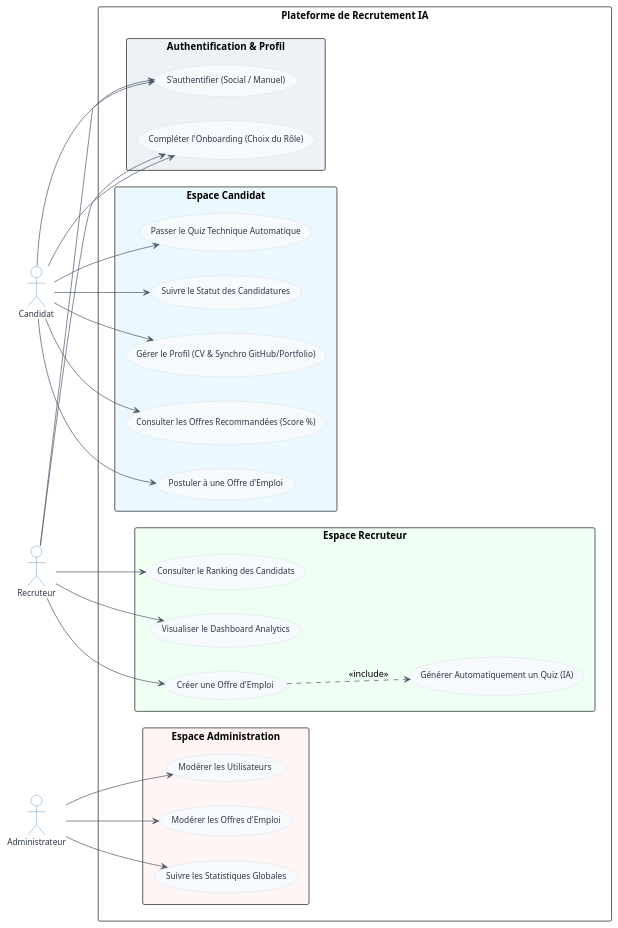
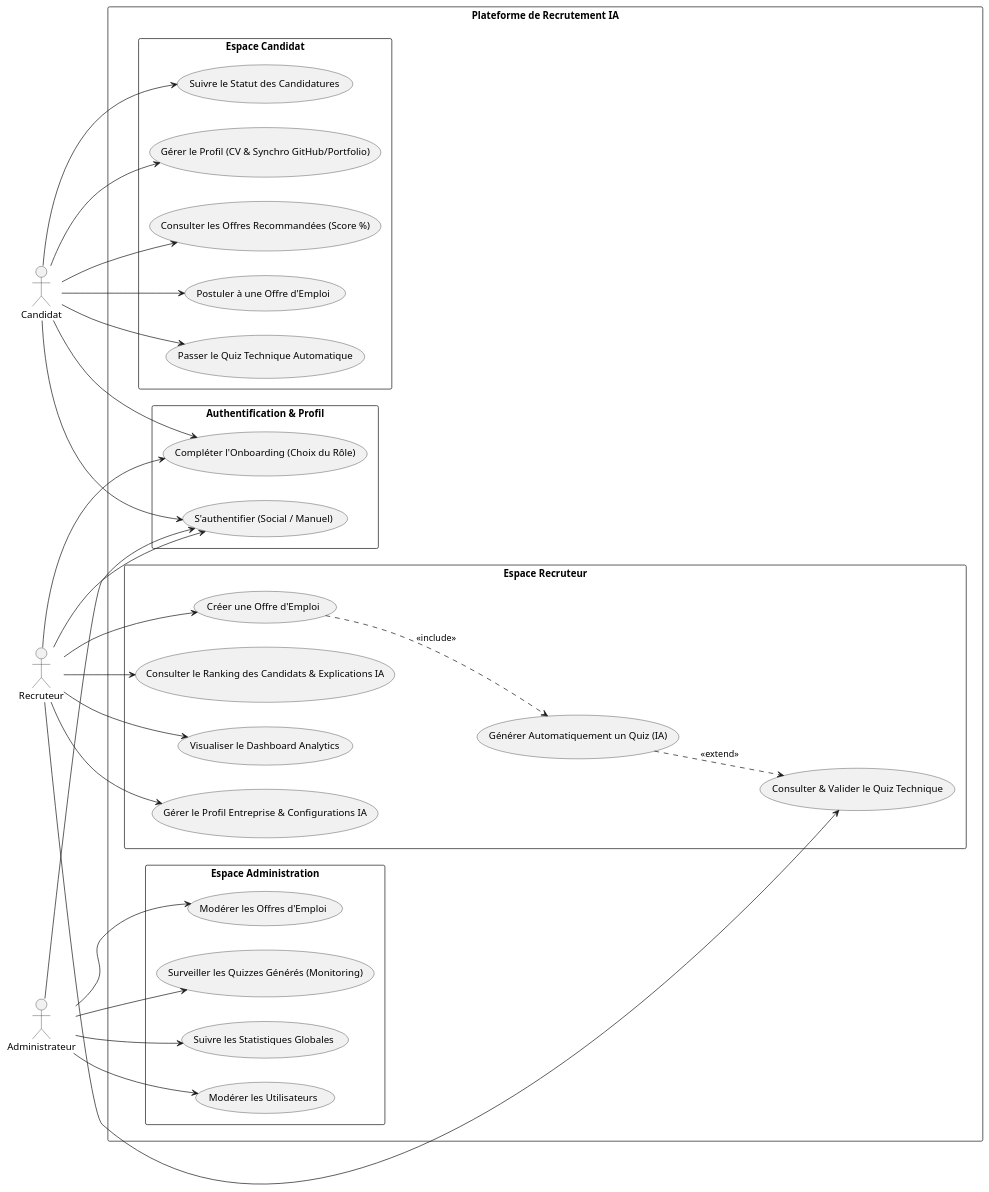
One commit to BenTaleb-Mehdi/intelligent-recruitment changed the diagram in doc/conception/use_case/use_case.puml. Above: the diagram before and after it, drawn with PlantUML. The commit also changed 1 other file, not shown here.

Commit message:
docs: add system class diagram and use case overview for the recruitment platform

```diff
--- a/doc/conception/use_case/use_case.puml
+++ b/doc/conception/use_case/use_case.puml
@@ -1,92 +1,81 @@
 @startuml
 ' --- Configuration du Design ---
 left to right direction
-skinparam backgroundcolor #FFFFFF
 skinparam shadowing false
+skinparam monochrome true
 skinparam packageStyle rectangle
 
-' Style des Acteurs
-skinparam actor {
-    BackgroundColor #FFFFFF
-    BorderColor #2B6CB0
-    FontName Arial
-    FontSize 12
-    FontColor #2D3748
-}
-
-' Style des Use Cases
-skinparam usecase {
-    BackgroundColor #F7FAFC
-    BorderColor #CBD5E0
-    FontName Arial
-    FontSize 12
-    FontColor #2D3748
-    ArrowColor #4A5568
-}
-
-' --- Les Acteurs (Sans Icônes Custom) ---
+' --- Les Acteurs ---
 actor "Candidat" as Candidate
 actor "Recruteur" as Recruiter
 actor "Administrateur" as Admin
 
 ' --- Le Système ---
 rectangle "Plateforme de Recrutement IA" {
     
-    '--- Bloc Authentification ---
-    rectangle "Authentification & Profil" #EDF2F7 {
+    '--- Bloc Authentification & Profil ---
+    rectangle "Authentification & Profil" {
         usecase "S'authentifier (Social / Manuel)" as UC_Auth
         usecase "Compléter l'Onboarding (Choix du Rôle)" as UC_Onboard
     }
     
     '--- Espace Candidat ---
-    rectangle "Espace Candidat" #EBF8FF {
+    rectangle "Espace Candidat" {
         usecase "Gérer le Profil (CV & Synchro GitHub/Portfolio)" as UC_UploadData
         usecase "Consulter les Offres Recommandées (Score %)" as UC_ViewJobs
         usecase "Postuler à une Offre d'Emploi" as UC_Apply
         usecase "Passer le Quiz Technique Automatique" as UC_TakeQuiz
         usecase "Suivre le Statut des Candidatures" as UC_TrackApps
     }
     
     '--- Espace Recruteur ---
-    rectangle "Espace Recruteur" #F0FFF4 {
+    rectangle "Espace Recruteur" {
         usecase "Créer une Offre d'Emploi" as UC_CreateJob
         usecase "Générer Automatiquement un Quiz (IA)" as UC_GenQuiz
-        usecase "Consulter le Ranking des Candidats" as UC_RankApplicants
+        usecase "Consulter & Valider le Quiz Technique" as UC_ValidateQuiz
+        usecase "Consulter le Ranking des Candidats & Explications IA" as UC_RankApplicants
         usecase "Visualiser le Dashboard Analytics" as UC_RecruiterDash
+        usecase "Gérer le Profil Entreprise & Configurations IA" as UC_RecruiterSettings
     }
     
     '--- Espace Admin ---
-    rectangle "Espace Administration" #FFF5F5 {
+    rectangle "Espace Administration" {
         usecase "Modérer les Utilisateurs" as UC_ManageUsers
         usecase "Modérer les Offres d'Emploi" as UC_ModerateJobs
+        usecase "Surveiller les Quizzes Générés (Monitoring)" as UC_MonitorQuizzes
         usecase "Suivre les Statistiques Globales" as UC_AdminDash
     }
 }
 
 ' --- Les Liaisons (Relations) ---
 
 ' Relations Candidat
 Candidate --> UC_Auth
 Candidate --> UC_Onboard
 Candidate --> UC_UploadData
 Candidate --> UC_ViewJobs
 Candidate --> UC_Apply
 Candidate --> UC_TakeQuiz
 Candidate --> UC_TrackApps
 
 ' Relations Recruteur
 Recruiter --> UC_Auth
 Recruiter --> UC_Onboard
 Recruiter --> UC_CreateJob
+Recruiter --> UC_ValidateQuiz
 Recruiter --> UC_RankApplicants
 Recruiter --> UC_RecruiterDash
+Recruiter --> UC_RecruiterSettings
 
 ' Relations Admin
+Admin --> UC_Auth
 Admin --> UC_ManageUsers
 Admin --> UC_ModerateJobs
+Admin --> UC_MonitorQuizzes
 Admin --> UC_AdminDash
 
 ' Relation Spécifique entre Use Cases
 UC_CreateJob ..> UC_GenQuiz : <<include>>
+UC_GenQuiz ..> UC_ValidateQuiz : <<extend>>
 
 @enduml
```
